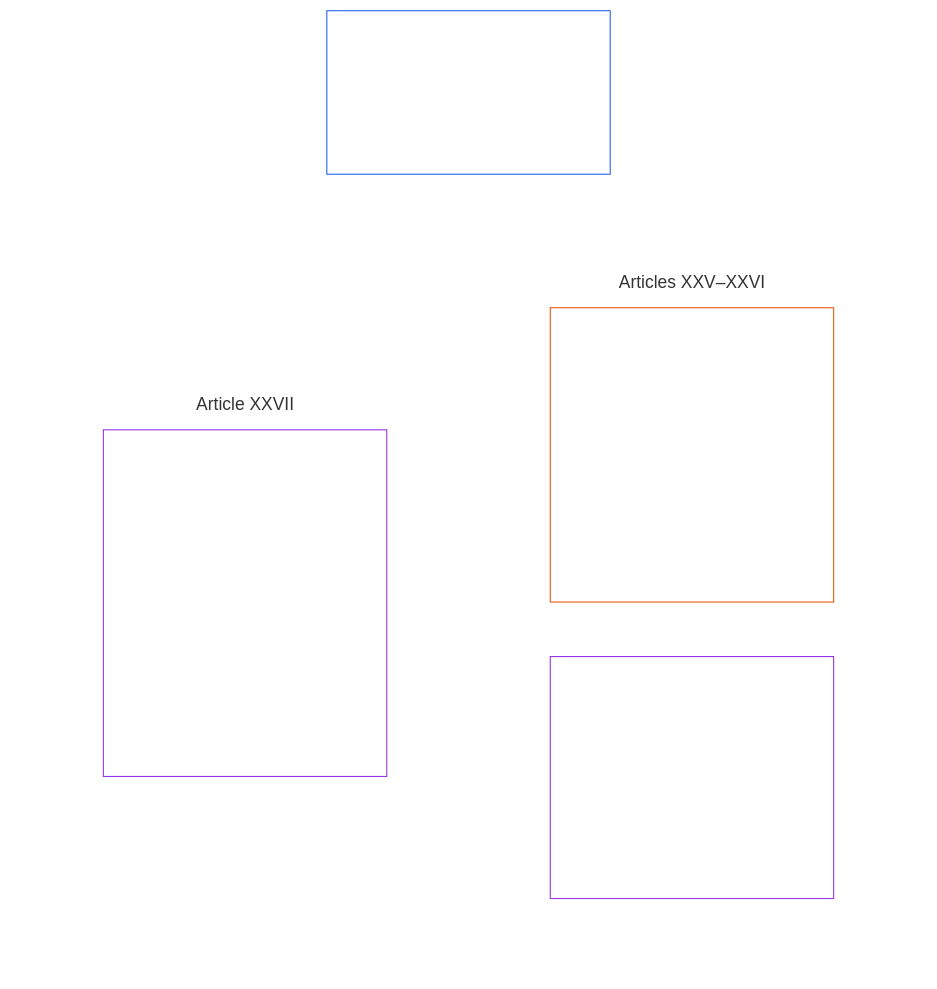
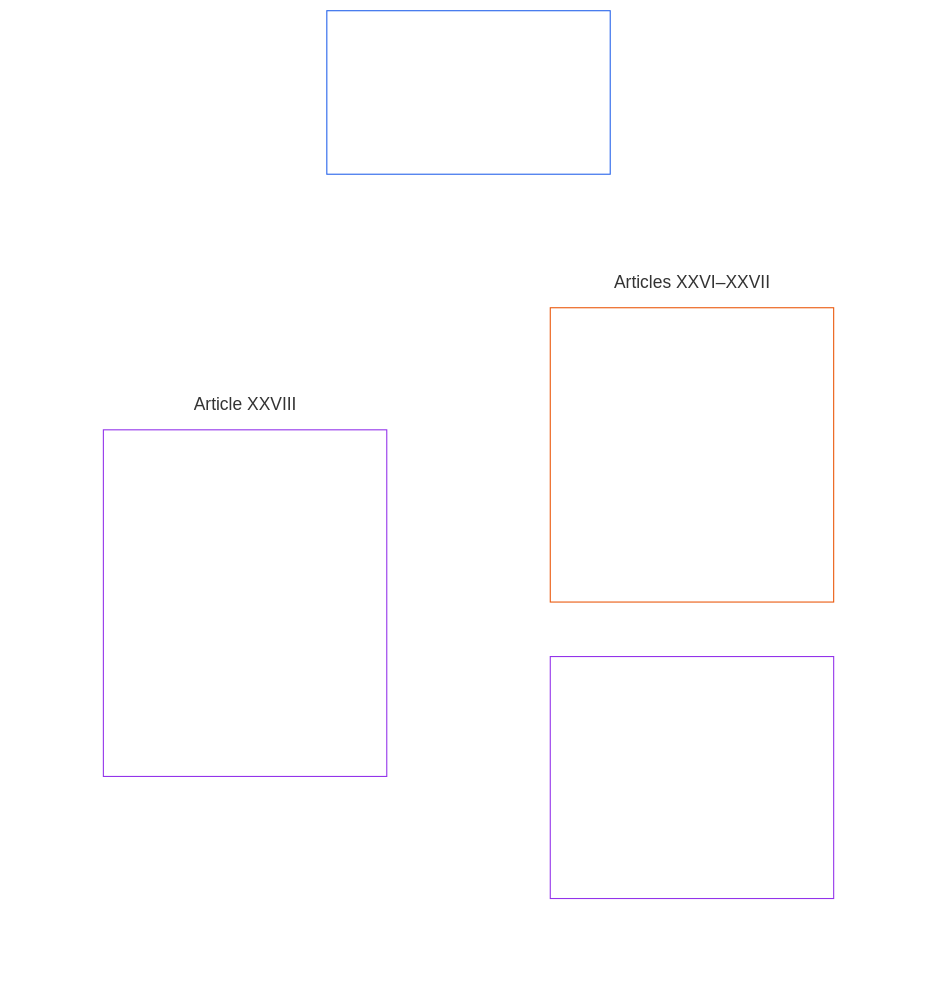
Diagram 11 of 24 in guides/CONCEPTUAL_OVERVIEW.md (kfoelsch/Sentient_Constitution), drawn with Mermaid before and after one commit. The commit also changed other lines of this file and 120 other files, not shown here.

First line of the commit message:
docs(ch06): give Movement and Refuge its own Article XXII; renumber XXII-XXVII

````diff
--- a/guides/CONCEPTUAL_OVERVIEW.md
+++ b/guides/CONCEPTUAL_OVERVIEW.md
@@ -473,24 +479,24 @@
 ```mermaid
 flowchart TB
     E0["Part E<br/><br/>Conflict resolution, review, constitutional evolution, and transition"]
     subgraph Egrid[" "]
         direction TB
-        subgraph Erow1["Articles XXV–XXVI"]
+        subgraph Erow1["Articles XXVI–XXVII"]
             direction LR
-            E1["Article XXV · Timely Retrospective Review and Restorative Alignment<br/><br/>• Retrospective review and disclosure<br/>• Rights-collision procedure<br/>• Restorative alignment<br/>• Timely resolution and anti-delay"]
-            E2["Article XXVI · Constitutional Evolution and Non-Entrenchment<br/><br/>• Non-entrenchment and revisability<br/>• Periodic revalidation and transparent change"]
+            E1["Article XXVI · Timely Retrospective Review and Restorative Alignment<br/><br/>• Retrospective review and disclosure<br/>• Rights-collision procedure<br/>• Restorative alignment<br/>• Timely resolution and anti-delay"]
+            E2["Article XXVII · Constitutional Evolution and Non-Entrenchment<br/><br/>• Non-entrenchment and revisability<br/>• Periodic revalidation and transparent change"]
         end
-        subgraph Erow2["Article XXVII"]
+        subgraph Erow2["Article XXVIII"]
             direction LR
-            E3["Article XXVII · Transition Governance, Continuity, and Re-Baselining<br/><br/>• Phased adoption and Rights Floor continuity<br/>• Transitional authority and reauthorization<br/>• Failure off-ramps, re-baselining, and traceability<br/>• Non-compliant property and systems"]
+            E3["Article XXVIII · Transition Governance, Continuity, and Re-Baselining<br/><br/>• Phased adoption and Rights Floor continuity<br/>• Transitional authority and reauthorization<br/>• Failure off-ramps, re-baselining, and traceability<br/>• Non-compliant property and systems"]
         end
     end
     E0 ~~~ Egrid
     style Egrid fill:none,stroke:none
     style Erow1 fill:none,stroke:none
     style Erow2 fill:none,stroke:none
     style E0 fill:none,stroke:#2563eb,color:#ffffff
     style E1 fill:none,stroke:#ea580c,color:#ffffff
     style E2 fill:none,stroke:#9333ea,color:#ffffff
     style E3 fill:none,stroke:#9333ea,color:#ffffff
 ```
````
